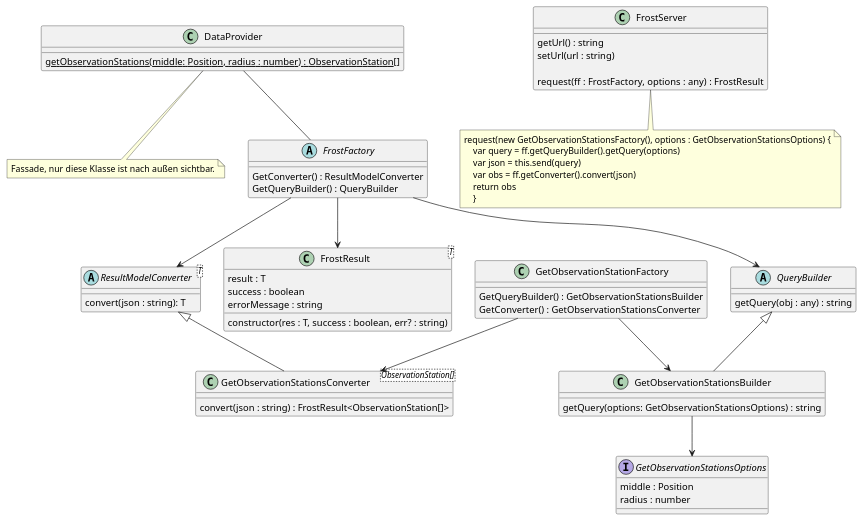
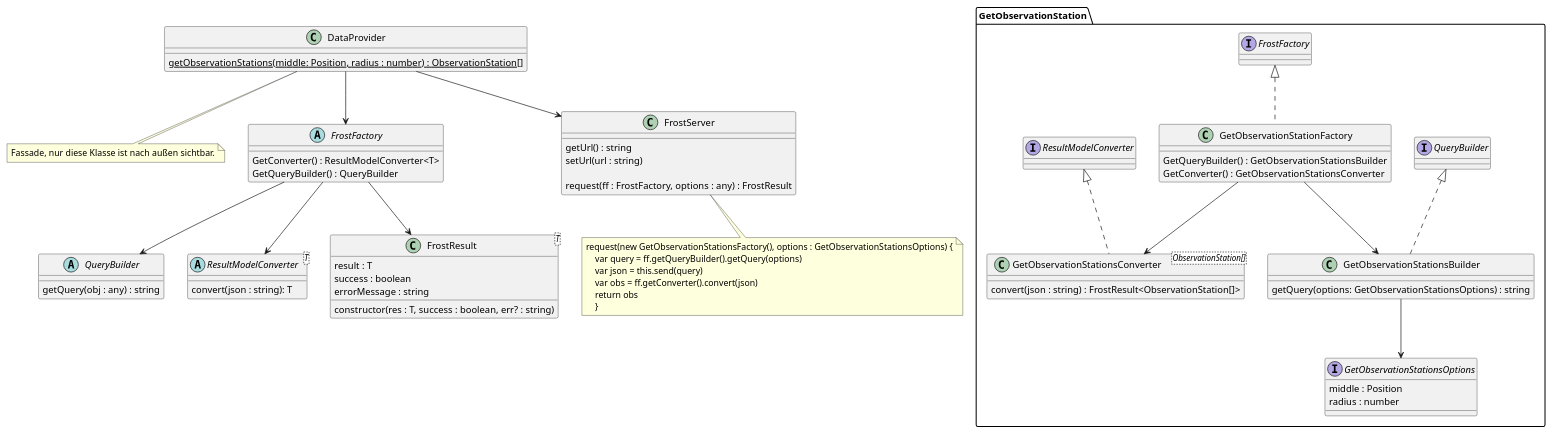
The diagram in Entwurf/PlantUML/ClassDiagrams/FROST.puml (JonaEnz/pse-airquality-1), drawn with PlantUML before and after one commit. The commit also changed 1 other file, not shown here.

Commit message:
Improve structure of FROST.puml

```diff
--- a/Entwurf/PlantUML/ClassDiagrams/FROST.puml
+++ b/Entwurf/PlantUML/ClassDiagrams/FROST.puml
@@ -1,78 +1,85 @@
 @startuml FROST
 
 class DataProvider {
     {static} getObservationStations(middle: Position, radius : number) : ObservationStation[]
 }
 
 note as N1
     Fassade, nur diese Klasse ist nach außen sichtbar.
 end note
 
 DataProvider .. N1
 
-DataProvider -- FrostFactory
+DataProvider --> FrostFactory
+DataProvider --> FrostServer
 
 abstract QueryBuilder {
      getQuery(obj : any) : string
 }
 
 FrostFactory --> ResultModelConverter
 
-class GetObservationStationsBuilder extends QueryBuilder {
-    getQuery(options: GetObservationStationsOptions) : string
+package GetObservationStation {
+    class GetObservationStationsBuilder implements QueryBuilder {
+        getQuery(options: GetObservationStationsOptions) : string
+    }
+
+    class GetObservationStationFactory implements FrostFactory{
+        GetQueryBuilder() : GetObservationStationsBuilder
+        GetConverter() : GetObservationStationsConverter
+    }
+
+    GetObservationStationsBuilder --> GetObservationStationsOptions
+    GetObservationStationFactory --> GetObservationStationsBuilder
+    GetObservationStationFactory --> GetObservationStationsConverter
+
+    interface GetObservationStationsOptions {
+        middle : Position
+        radius : number
+    }
+    
+    class GetObservationStationsConverter<ObservationStation[]> implements ResultModelConverter {
+        convert(json : string) : FrostResult<ObservationStation[]>
+    }
 }
 
-GetObservationStationsBuilder --> GetObservationStationsOptions
-GetObservationStationFactory --> GetObservationStationsBuilder
-GetObservationStationFactory --> GetObservationStationsConverter
-
-interface GetObservationStationsOptions {
-    middle : Position
-    radius : number
-}
 
 abstract ResultModelConverter<T> {
     convert(json : string): T
 }
 
-class GetObservationStationsConverter<ObservationStation[]> extends ResultModelConverter {
-    convert(json : string) : FrostResult<ObservationStation[]>
-}
 
 abstract FrostFactory {
-    GetConverter() : ResultModelConverter
+    GetConverter() : ResultModelConverter<T>
     GetQueryBuilder() : QueryBuilder
 }
 
-class GetObservationStationFactory {
-    GetQueryBuilder() : GetObservationStationsBuilder
-    GetConverter() : GetObservationStationsConverter
-}
+
 
 FrostFactory --> QueryBuilder
 FrostFactory --> FrostResult
 
 class FrostResult<T> {
     constructor(res : T, success : boolean, err? : string)
     result : T
     success : boolean
     errorMessage : string
 }
 
 class FrostServer {
     getUrl() : string
     setUrl(url : string)
 
     request(ff : FrostFactory, options : any) : FrostResult
 }
 note as N2
 request(new GetObservationStationsFactory(), options : GetObservationStationsOptions) {
     var query = ff.getQueryBuilder().getQuery(options)
     var json = this.send(query)
     var obs = ff.getConverter().convert(json)
     return obs
     }
 end note
 FrostServer .. N2
 
 @enduml
```
